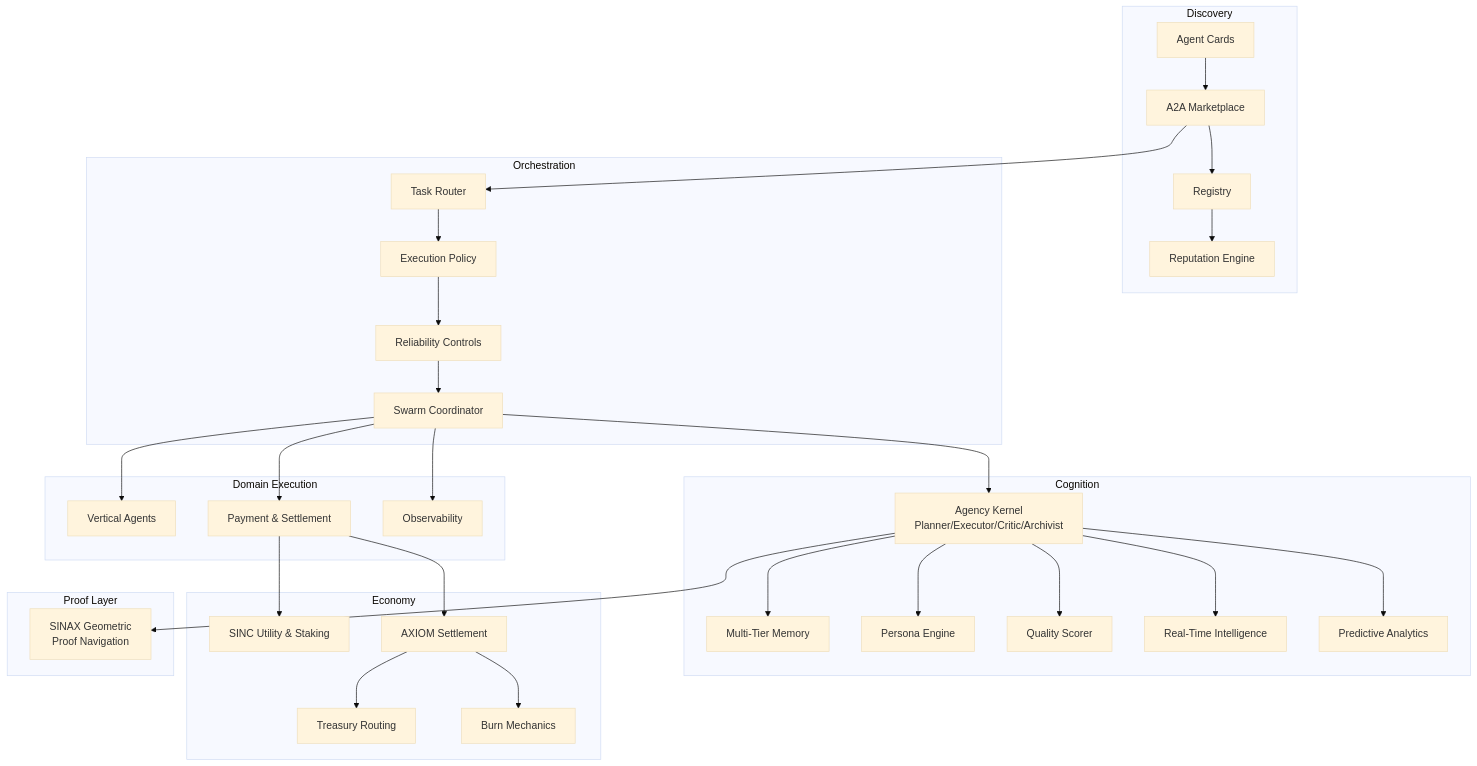
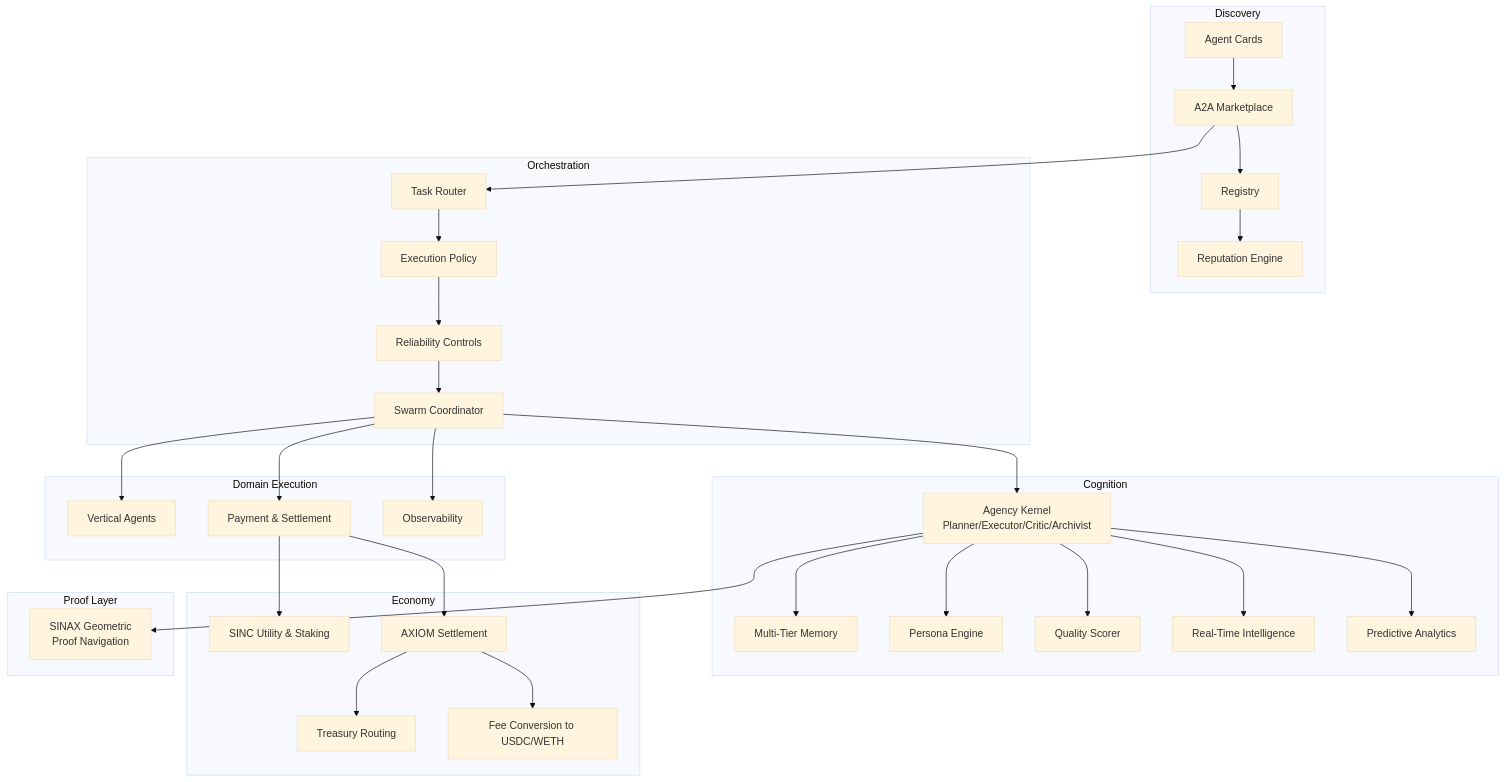
One commit to OrderofChaos33/SINCOR2 changed the diagram in README.md. Above: the diagram before and after it, drawn with Mermaid (base theme). The commit also changed other lines of this file, not shown here.

````diff
--- a/README.md
+++ b/README.md
@@ -154,41 +171,41 @@
 ```mermaid
 flowchart TD
     subgraph Discovery
         AC[Agent Cards] --> MKT[A2A Marketplace]
         MKT --> REG[Registry]
         REG --> REP[Reputation Engine]
     end
 
     subgraph Orchestration
         MKT --> RT[Task Router]
         RT --> POL[Execution Policy]
         POL --> RLY[Reliability Controls]
         RLY --> SW[Swarm Coordinator]
     end
 
     subgraph Cognition
         SW --> AK[Agency Kernel\nPlanner/Executor/Critic/Archivist]
         AK --> MEM[Multi-Tier Memory]
         AK --> PER[Persona Engine]
         AK --> QS[Quality Scorer]
         AK --> RTI[Real-Time Intelligence]
         AK --> PAE[Predictive Analytics]
     end
 
     subgraph Domain Execution
         SW --> VRT[Vertical Agents]
         SW --> PAY[Payment & Settlement]
         SW --> OBS[Observability]
     end
 
     subgraph Economy
         PAY --> SINC[SINC Utility & Staking]
         PAY --> AXM[AXIOM Settlement]
         AXM --> TREAS[Treasury Routing]
-        AXM --> BURN[Burn Mechanics]
+        AXM --> FEE[Fee Conversion to USDC/WETH]
     end
 
     subgraph Proof Layer
         AK --> SINAX[SINAX Geometric\nProof Navigation]
     end
 ```
````
